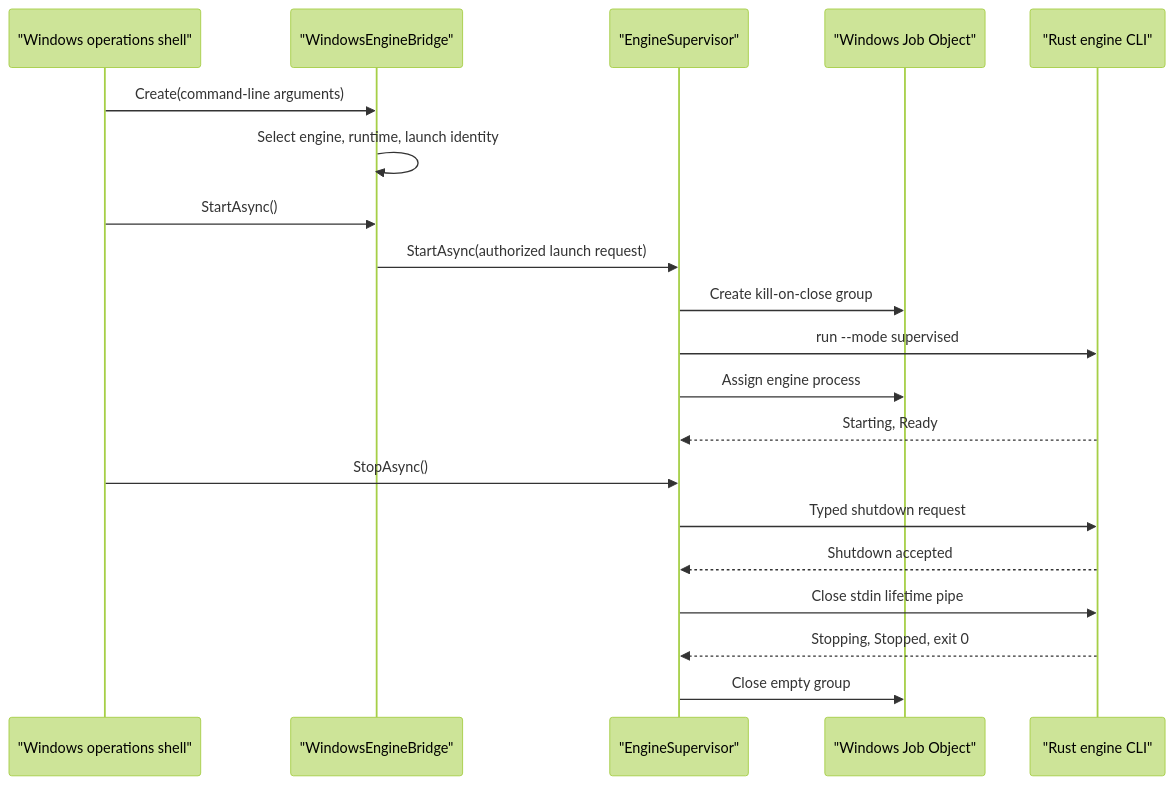
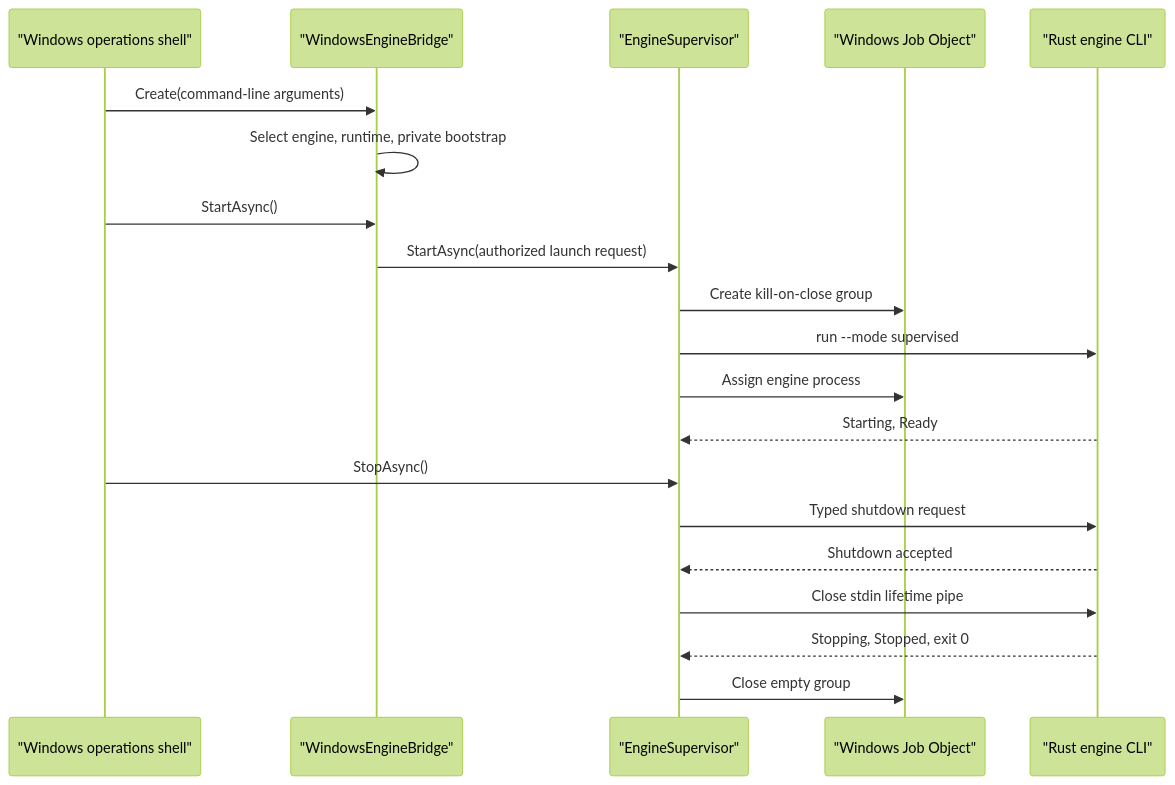
One commit to HusseinBaraja/Eitmad changed the diagram in docs/developer/subsystems/windows-process-supervision.md. Above: the diagram before and after it, drawn with Mermaid (forest theme). The commit also changed other lines of this file and 2 other files, not shown here.

Commit message:
docs(architecture): correct authority terms

````diff
--- a/docs/developer/subsystems/windows-process-supervision.md
+++ b/docs/developer/subsystems/windows-process-supervision.md
@@ -39,22 +39,22 @@
 ```mermaid
 sequenceDiagram
     participant Shell as "Windows operations shell"
     participant Bridge as "WindowsEngineBridge"
     participant Supervisor as "EngineSupervisor"
     participant Job as "Windows Job Object"
     participant Engine as "Rust engine CLI"
     Shell->>Bridge: Create(command-line arguments)
-    Bridge->>Bridge: Select engine, runtime, launch identity
+    Bridge->>Bridge: Select engine, runtime, private bootstrap
     Shell->>Bridge: StartAsync()
     Bridge->>Supervisor: StartAsync(authorized launch request)
     Supervisor->>Job: Create kill-on-close group
     Supervisor->>Engine: run --mode supervised
     Supervisor->>Job: Assign engine process
     Engine-->>Supervisor: Starting, Ready
     Shell->>Supervisor: StopAsync()
     Supervisor->>Engine: Typed shutdown request
     Engine-->>Supervisor: Shutdown accepted
     Supervisor->>Engine: Close stdin lifetime pipe
     Engine-->>Supervisor: Stopping, Stopped, exit 0
     Supervisor->>Job: Close empty group
 ```
````
